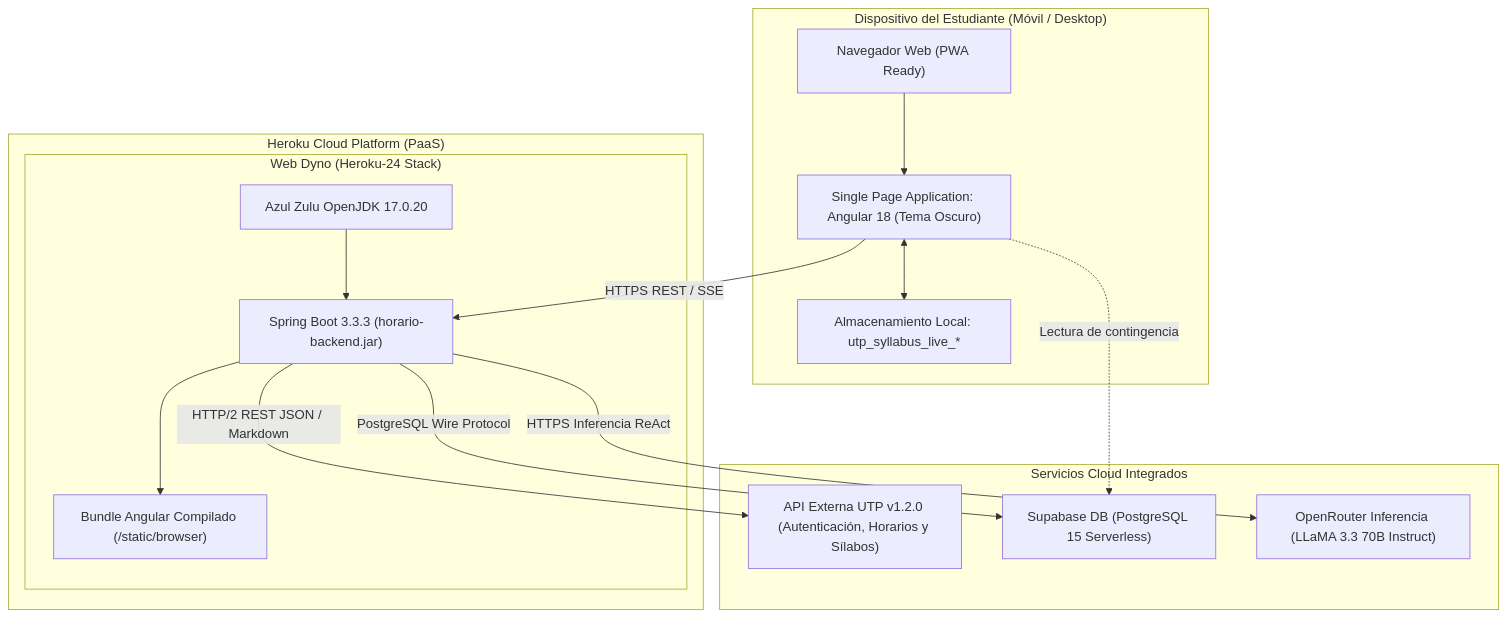
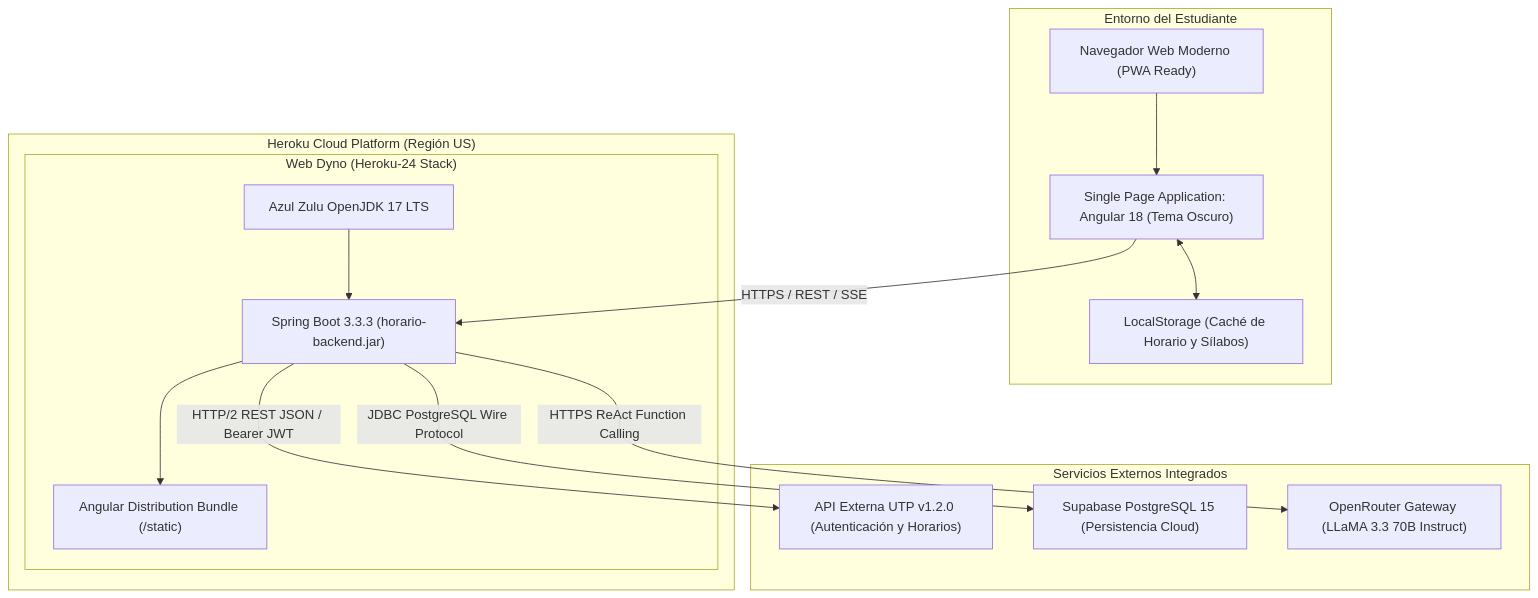
One commit to Joan2022Laurente/horarioInteligente changed the seventh of 9 diagrams in INFORME_TECNICO_PROYECTO.md. Above: the diagram before and after it, drawn with Mermaid. The commit also changed other lines of this file, not shown here.

````diff
--- a/INFORME_TECNICO_PROYECTO.md
+++ b/INFORME_TECNICO_PROYECTO.md
@@ -447,32 +541,31 @@
 ```mermaid
 flowchart TB
-    subgraph ClientDevice["Dispositivo del Estudiante (Móvil / Desktop)"]
-        Browser["Navegador Web (PWA Ready)"]
+    subgraph ClientEnvironment["Entorno del Estudiante"]
+        Browser["Navegador Web Moderno (PWA Ready)"]
         AngularApp["Single Page Application: Angular 18 (Tema Oscuro)"]
-        LocalStorage["Almacenamiento Local: utp_syllabus_live_*"]
+        ClientStorage["LocalStorage (Caché de Horario y Sílabos)"]
         Browser --> AngularApp
-        AngularApp <--> LocalStorage
+        AngularApp <--> ClientStorage
     end
 
-    subgraph HerokuCloud["Heroku Cloud Platform (PaaS)"]
-        subgraph AppDyno["Web Dyno (Heroku-24 Stack)"]
-            JVM["Azul Zulu OpenJDK 17.0.20"]
+    subgraph HerokuPaaS["Heroku Cloud Platform (Región US)"]
+        subgraph WebDyno["Web Dyno (Heroku-24 Stack)"]
+            OpenJDK["Azul Zulu OpenJDK 17 LTS"]
             SpringApp["Spring Boot 3.3.3 (horario-backend.jar)"]
-            StaticFiles["Bundle Angular Compilado (/static/browser)"]
-            JVM --> SpringApp
-            SpringApp --> StaticFiles
+            StaticResources["Angular Distribution Bundle (/static)"]
+            OpenJDK --> SpringApp
+            SpringApp --> StaticResources
         end
     end
 
-    subgraph CloudServices["Servicios Cloud Integrados"]
-        UTP_API["API Externa UTP v1.2.0 (Autenticación, Horarios y Sílabos)"]
-        Supabase["Supabase DB (PostgreSQL 15 Serverless)"]
-        OpenRouterService["OpenRouter Inferencia (LLaMA 3.3 70B Instruct)"]
+    subgraph ExternalEcosystem["Servicios Externos Integrados"]
+        UtpGateway["API Externa UTP v1.2.0 (Autenticación y Horarios)"]
+        SupabaseCloud["Supabase PostgreSQL 15 (Persistencia Cloud)"]
+        OpenRouterCloud["OpenRouter Gateway (LLaMA 3.3 70B Instruct)"]
     end
 
-    AngularApp -->|HTTPS REST / SSE| SpringApp
-    SpringApp -->|HTTP/2 REST JSON / Markdown| UTP_API
-    SpringApp -->|PostgreSQL Wire Protocol| Supabase
-    SpringApp -->|HTTPS Inferencia ReAct| OpenRouterService
-    AngularApp -.->|Lectura de contingencia| Supabase
+    AngularApp -->|HTTPS / REST / SSE| SpringApp
+    SpringApp -->|HTTP/2 REST JSON / Bearer JWT| UtpGateway
+    SpringApp -->|JDBC PostgreSQL Wire Protocol| SupabaseCloud
+    SpringApp -->|HTTPS ReAct Function Calling| OpenRouterCloud
 ```
````
